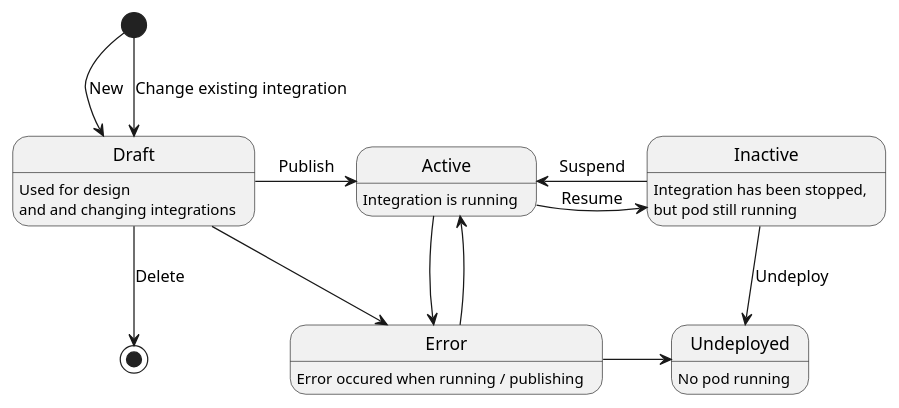
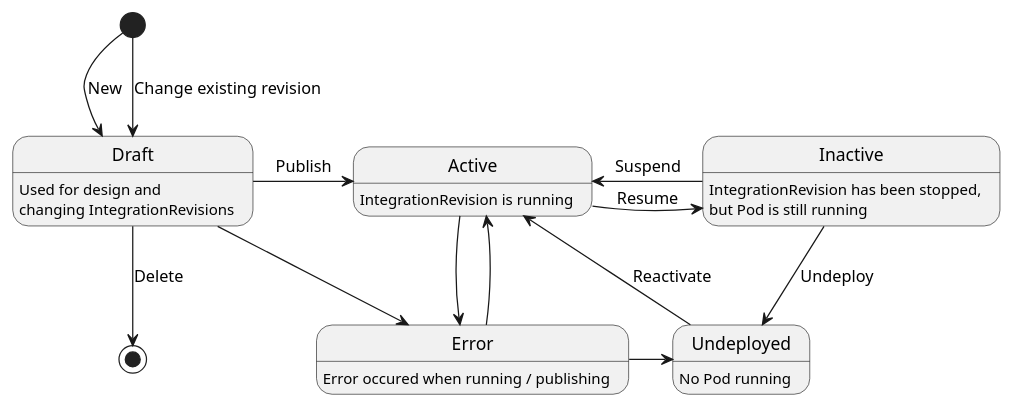
Before and after one commit to syndesisio/syndesis: the diagram in proposals/uml/integeration-state.plantuml, drawn with PlantUML. The commit also changed 1 other file, not shown here.

```diff
--- a/proposals/uml/integeration-state.plantuml
+++ b/proposals/uml/integeration-state.plantuml
@@ -1,22 +1,23 @@
 @startuml
 
 [*] --> Draft : New
-[*] --> Draft : Change existing integration
+[*] --> Draft : Change existing revision
 Draft --> [*] : Delete
 Draft -right-> Active : Publish
-Draft: Used for design\nand and changing integrations
+Draft: Used for design and\nchanging IntegrationRevisions
 
 Active -right-> Inactive : Resume
-Active: Integration is running
+Active: IntegrationRevision is running
 Inactive -left-> Active : Suspend
-Inactive: Integration has been stopped,\nbut pod still running
+Inactive: IntegrationRevision has been stopped,\nbut Pod is still running
 Inactive --> Undeployed : Undeploy
 
 Active --> Error
 Error --> Active
 Error: Error occured when running / publishing
 Error -right-> Undeployed
 Draft --> Error
 
-Undeployed: No pod running
+Undeployed --> Active : Reactivate
+Undeployed: No Pod running
 @enduml
```
